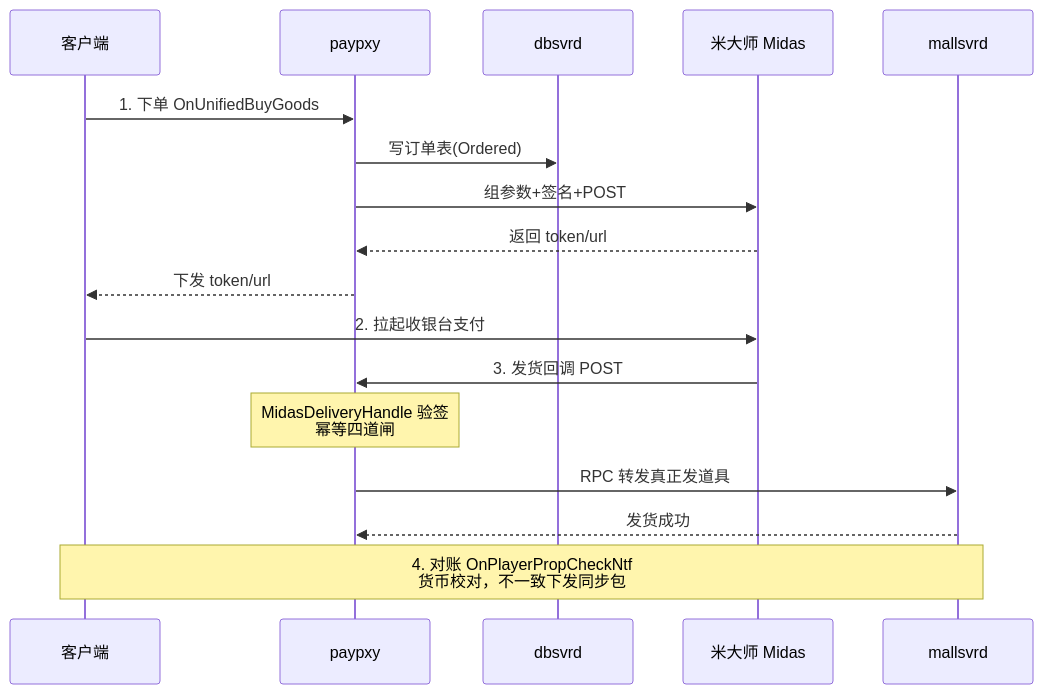
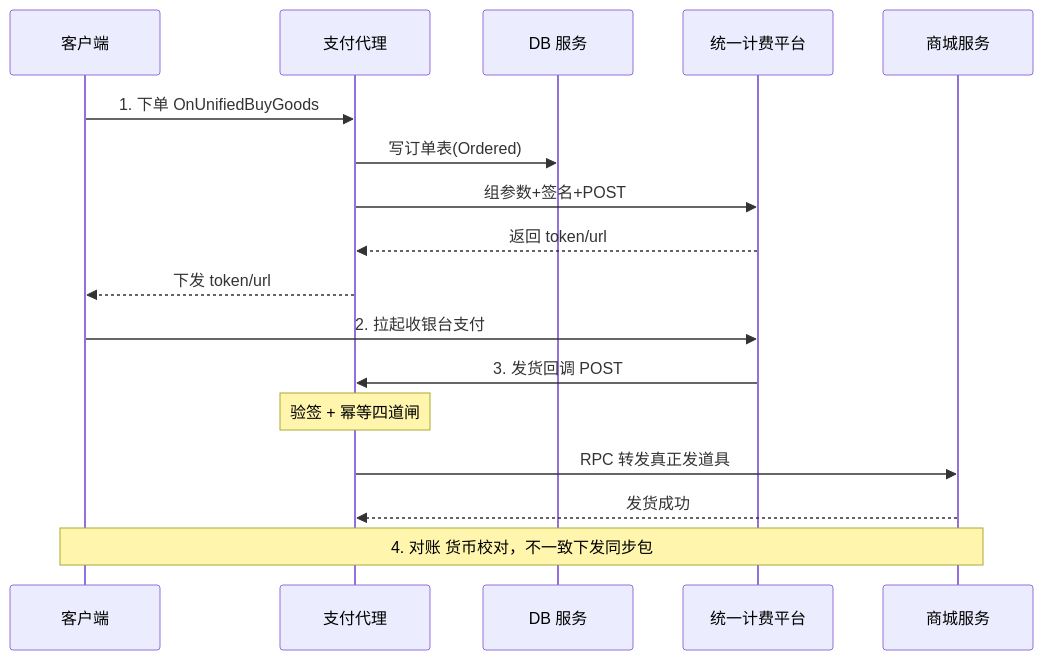
One commit to m9rco/interview changed the second of 2 diagrams in docs/game-biz/business-proxy.md. Above: the diagram before and after it, drawn with Mermaid. The commit also changed other lines of this file and 28 other files, not shown here.

````diff
--- a/docs/game-biz/business-proxy.md
+++ b/docs/game-biz/business-proxy.md
@@ -78,19 +78,19 @@
 ```mermaid
 sequenceDiagram
   participant C as 客户端
-  participant P as paypxy
-  participant DB as dbsvrd
-  participant M as 米大师 Midas
-  participant MALL as mallsvrd
+  participant P as 支付代理
+  participant DB as DB 服务
+  participant M as 统一计费平台
+  participant MALL as 商城服务
   C->>P: 1. 下单 OnUnifiedBuyGoods
   P->>DB: 写订单表(Ordered)
   P->>M: 组参数+签名+POST
   M-->>P: 返回 token/url
   P-->>C: 下发 token/url
   C->>M: 2. 拉起收银台支付
   M->>P: 3. 发货回调 POST
-  Note over P: MidasDeliveryHandle 验签<br/>幂等四道闸
+  Note over P: 验签 + 幂等四道闸
   P->>MALL: RPC 转发真正发道具
   MALL-->>P: 发货成功
-  Note over C,MALL: 4. 对账 OnPlayerPropCheckNtf<br/>货币校对，不一致下发同步包
+  Note over C,MALL: 4. 对账 货币校对，不一致下发同步包
 ```
````
